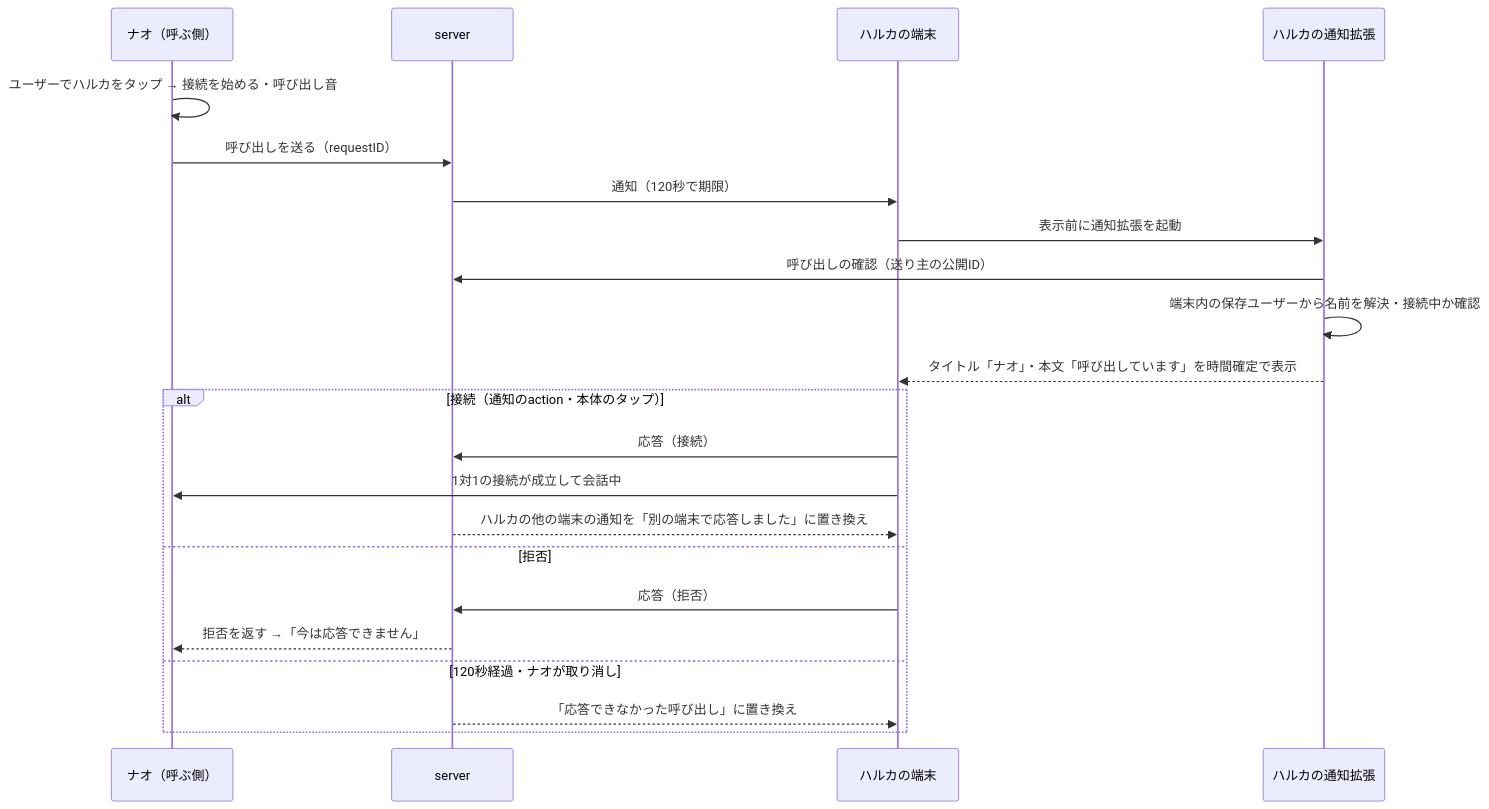
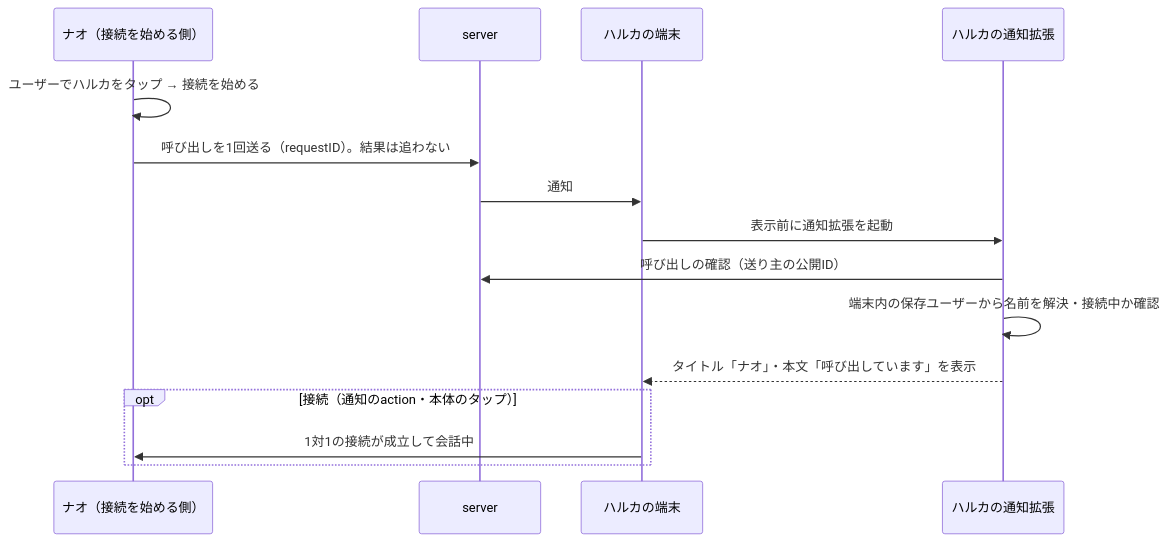
One commit to eroccowaruico/RideIntercom changed the diagram in docs/design/通知の設計.md. Above: the diagram before and after it, drawn with Mermaid. The commit also changed other lines of this file and 17 other files, not shown here.

````diff
--- a/docs/design/通知の設計.md
+++ b/docs/design/通知の設計.md
@@ -84,24 +82,17 @@
 ```mermaid
 sequenceDiagram
-    participant A as ナオ（呼ぶ側）
+    participant A as ナオ（接続を始める側）
     participant S as server
     participant B as ハルカの端末
     participant E as ハルカの通知拡張
-    A->>A: ユーザーでハルカをタップ → 接続を始める・呼び出し音
-    A->>S: 呼び出しを送る（requestID）
-    S->>B: 通知（120秒で期限）
+    A->>A: ユーザーでハルカをタップ → 接続を始める
+    A->>S: 呼び出しを1回送る（requestID）。結果は追わない
+    S->>B: 通知
     B->>E: 表示前に通知拡張を起動
     E->>S: 呼び出しの確認（送り主の公開ID）
     E->>E: 端末内の保存ユーザーから名前を解決・接続中か確認
-    E-->>B: タイトル「ナオ」・本文「呼び出しています」を時間確定で表示
-    alt 接続（通知のaction・本体のタップ）
-        B->>S: 応答（接続）
+    E-->>B: タイトル「ナオ」・本文「呼び出しています」を表示
+    opt 接続（通知のaction・本体のタップ）
         B->>A: 1対1の接続が成立して会話中
-        S-->>B: ハルカの他の端末の通知を「別の端末で応答しました」に置き換え
-    else 拒否
-        B->>S: 応答（拒否）
-        S-->>A: 拒否を返す →「今は応答できません」
-    else 120秒経過・ナオが取り消し
-        S-->>B: 「応答できなかった呼び出し」に置き換え
     end
 ```
````
